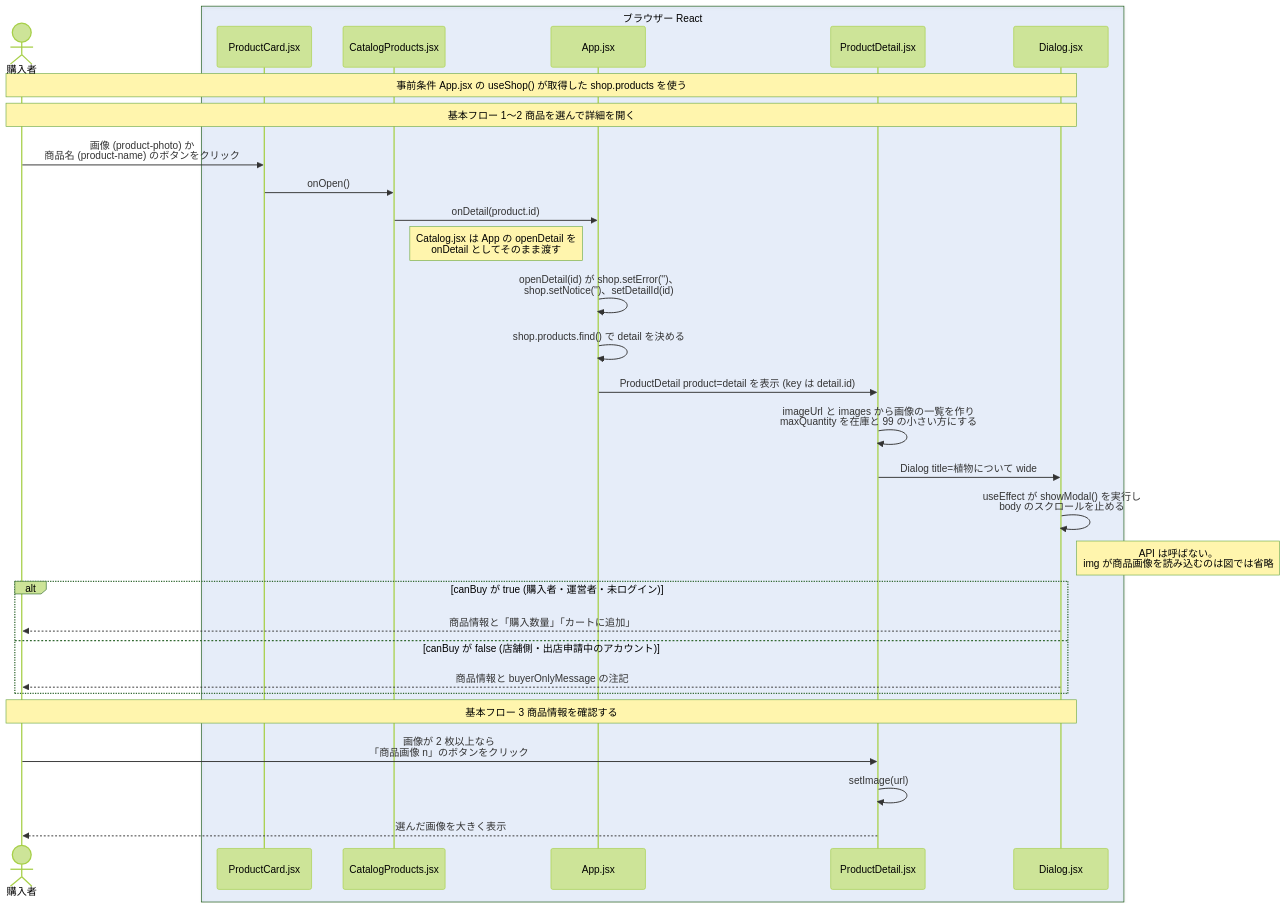
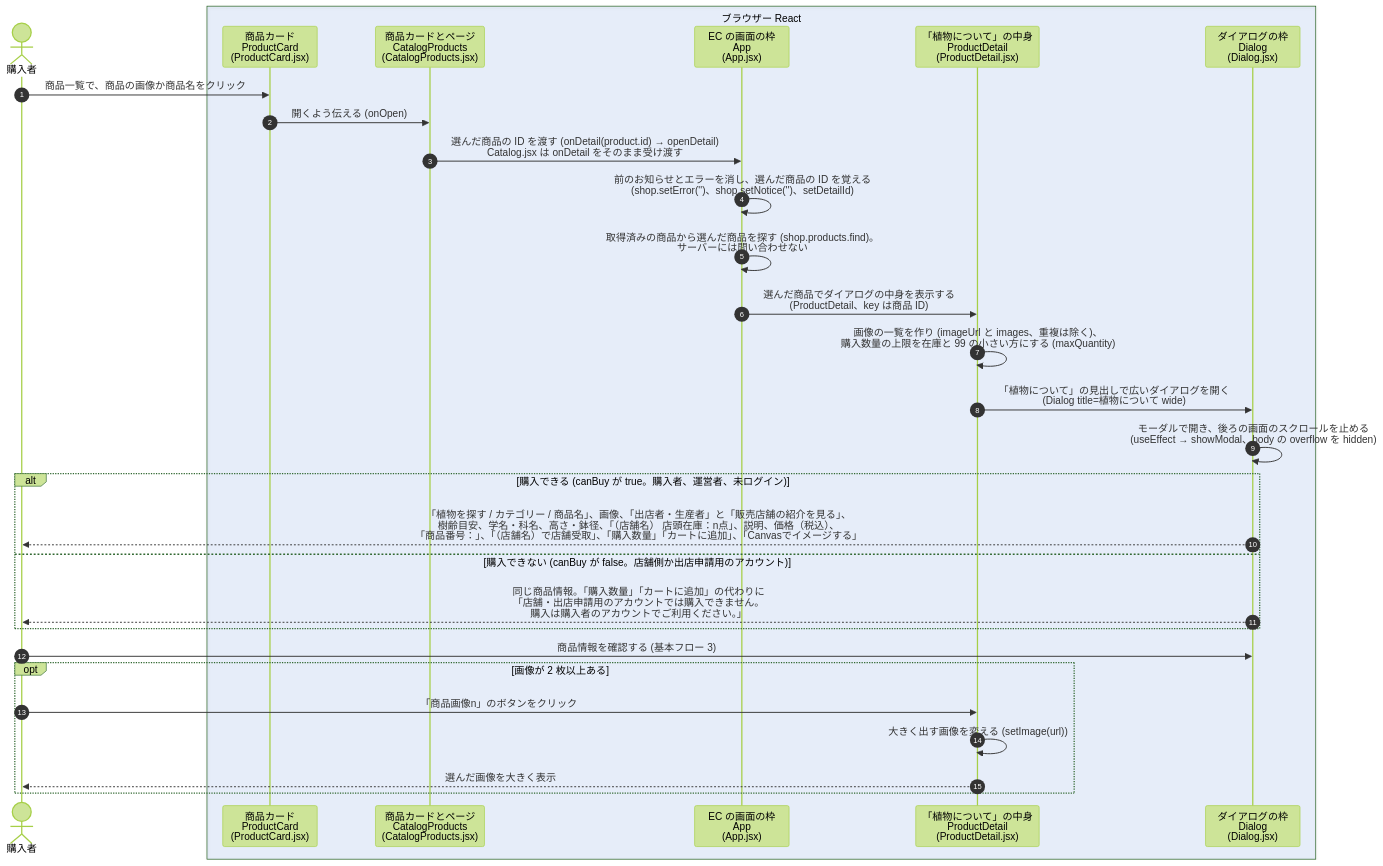
One commit to abeouga/kusakari-document changed the diagram in シーケンス図/kusakari-ec/EC-B04_商品詳細を確認する.md. Above: the diagram before and after it, drawn with Mermaid (forest theme). The commit also changed other lines of this file and 53 other files, not shown here.

First line of the commit message:
EC-A01・A02 以外のシーケンス図 54 本を、A02 と同じ書き方の 1 枚にし、共通代替フローを直接書いた図を足す

````diff
--- a/シーケンス図/kusakari-ec/EC-B04_商品詳細を確認する.md
+++ b/シーケンス図/kusakari-ec/EC-B04_商品詳細を確認する.md
@@ -34,35 +12,34 @@
 ```mermaid
 sequenceDiagram
+    autonumber
     actor User as 購入者
     box rgba(47,111,219,0.10) ブラウザー React
-        participant Card as ProductCard.jsx
-        participant List as CatalogProducts.jsx
-        participant App as App.jsx
-        participant Detail as ProductDetail.jsx
-        participant Dlg as Dialog.jsx
+        participant Card as 商品カード<br/>ProductCard<br/>(ProductCard.jsx)
+        participant List as 商品カードとページ<br/>CatalogProducts<br/>(CatalogProducts.jsx)
+        participant App as EC の画面の枠<br/>App<br/>(App.jsx)
+        participant Detail as 「植物について」の中身<br/>ProductDetail<br/>(ProductDetail.jsx)
+        participant Dlg as ダイアログの枠<br/>Dialog<br/>(Dialog.jsx)
     end
 
-    Note over User,Dlg: 事前条件 App.jsx の useShop() が取得した shop.products を使う
-    Note over User,Dlg: 基本フロー 1〜2 商品を選んで詳細を開く
-    User->>Card: 画像 (product-photo) か<br/>商品名 (product-name) のボタンをクリック
-    Card->>List: onOpen()
-    List->>App: onDetail(product.id)
-    Note right of List: Catalog.jsx は App の openDetail を<br/>onDetail としてそのまま渡す
-    App->>App: openDetail(id) が shop.setError('')、<br/>shop.setNotice('')、setDetailId(id)
-    App->>App: shop.products.find() で detail を決める
-    App->>Detail: ProductDetail product=detail を表示 (key は detail.id)
-    Detail->>Detail: imageUrl と images から画像の一覧を作り<br/>maxQuantity を在庫と 99 の小さい方にする
-    Detail->>Dlg: Dialog title=植物について wide
-    Dlg->>Dlg: useEffect が showModal() を実行し<br/>body のスクロールを止める
-    Note right of Dlg: API は呼ばない。<br/>img が商品画像を読み込むのは図では省略
-    alt canBuy が true (購入者・運営者・未ログイン)
-        Dlg-->>User: 商品情報と「購入数量」「カートに追加」
-    else canBuy が false (店舗側・出店申請中のアカウント)
-        Dlg-->>User: 商品情報と buyerOnlyMessage の注記
+    User->>Card: 商品一覧で、商品の画像か商品名をクリック
+    Card->>List: 開くよう伝える (onOpen)
+    List->>App: 選んだ商品の ID を渡す (onDetail(product.id) → openDetail)<br/>Catalog.jsx は onDetail をそのまま受け渡す
+    App->>App: 前のお知らせとエラーを消し、選んだ商品の ID を覚える<br/>(shop.setError('')、shop.setNotice('')、setDetailId)
+    App->>App: 取得済みの商品から選んだ商品を探す (shop.products.find)。<br/>サーバーには問い合わせない
+    App->>Detail: 選んだ商品でダイアログの中身を表示する<br/>(ProductDetail、key は商品 ID)
+    Detail->>Detail: 画像の一覧を作り (imageUrl と images、重複は除く)、<br/>購入数量の上限を在庫と 99 の小さい方にする (maxQuantity)
+    Detail->>Dlg: 「植物について」の見出しで広いダイアログを開く<br/>(Dialog title=植物について wide)
+    Dlg->>Dlg: モーダルで開き、後ろの画面のスクロールを止める<br/>(useEffect → showModal、body の overflow を hidden)
+    alt 購入できる (canBuy が true。購入者、運営者、未ログイン)
+        Dlg-->>User: 「植物を探す / カテゴリー / 商品名」、画像、「出店者・生産者」と「販売店舗の紹介を見る」、<br/>樹齢目安、学名・科名、高さ・鉢径、「（店舗名） 店頭在庫：n点」、説明、価格（税込）、<br/>「商品番号：」、「（店舗名）で店舗受取」、「購入数量」「カートに追加」、「Canvasでイメージする」
+    else 購入できない (canBuy が false。店舗側か出店申請用のアカウント)
+        Dlg-->>User: 同じ商品情報。「購入数量」「カートに追加」の代わりに<br/>「店舗・出店申請用のアカウントでは購入できません。<br/>購入は購入者のアカウントでご利用ください。」
     end
 
-    Note over User,Dlg: 基本フロー 3 商品情報を確認する
-    User->>Detail: 画像が 2 枚以上なら<br/>「商品画像 n」のボタンをクリック
-    Detail->>Detail: setImage(url)
-    Detail-->>User: 選んだ画像を大きく表示
+    User->>Dlg: 商品情報を確認する (基本フロー 3)
+    opt 画像が 2 枚以上ある
+        User->>Detail: 「商品画像n」のボタンをクリック
+        Detail->>Detail: 大きく出す画像を変える (setImage(url))
+        Detail-->>User: 選んだ画像を大きく表示
+    end
 ```
````
